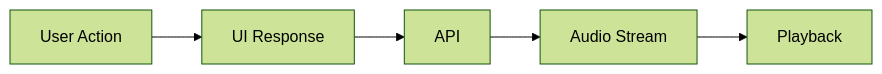
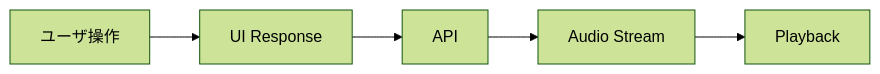
One commit to ShigeichiroYamasaki/creator-first-platform changed the third of 47 diagrams in docs/whitepaper/12-infrastructure-cost.md. Above: the diagram before and after it, drawn with Mermaid (forest theme). The commit also changed other lines of this file and 67 other files, not shown here.

````diff
--- a/docs/whitepaper/12-infrastructure-cost.md
+++ b/docs/whitepaper/12-infrastructure-cost.md
@@ -99,10 +99,10 @@
 ```mermaid
 flowchart LR
-    TAP[User Action]
+    TAP[ユーザ操作]
     UI[UI Response]
     API[API]
     STREAM[Audio Stream]
     PLAY[Playback]
 
     TAP --> UI --> API --> STREAM --> PLAY
 ```
````
